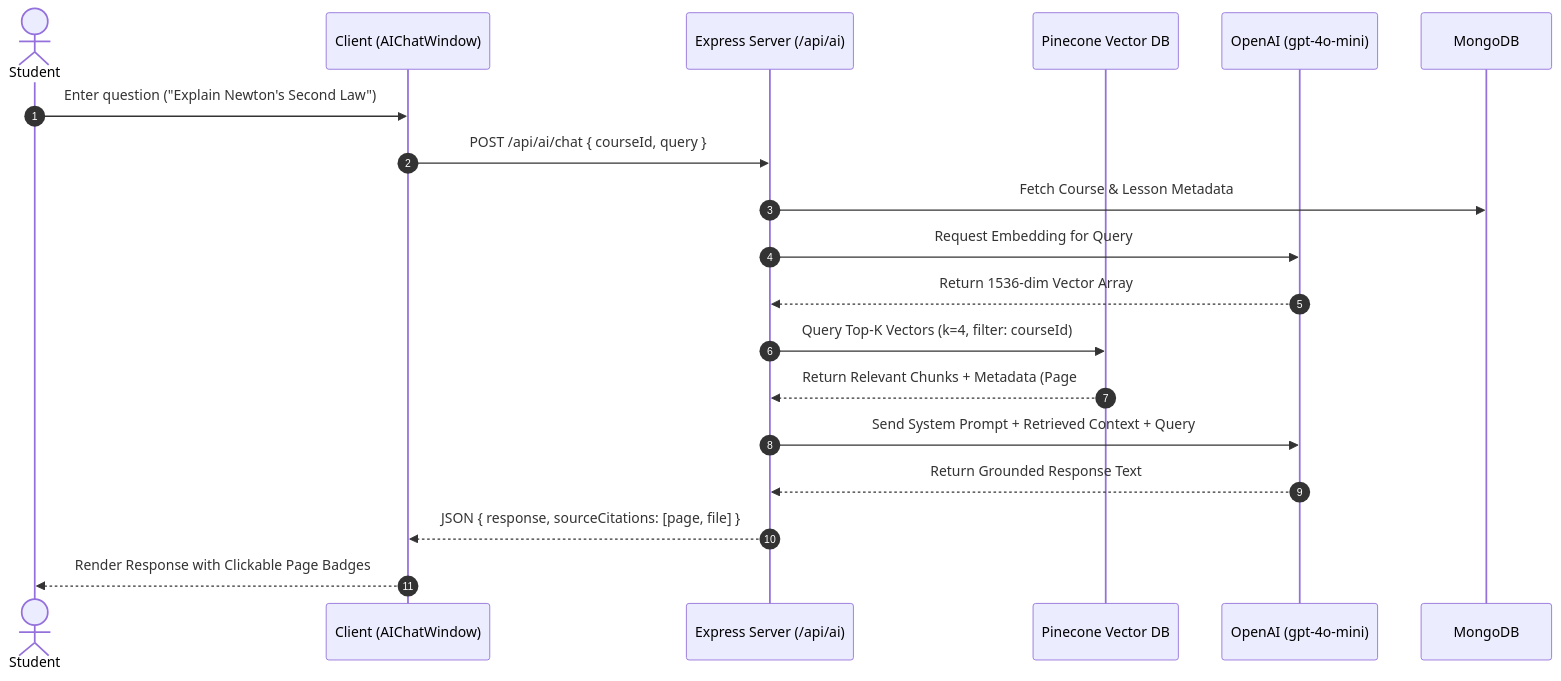
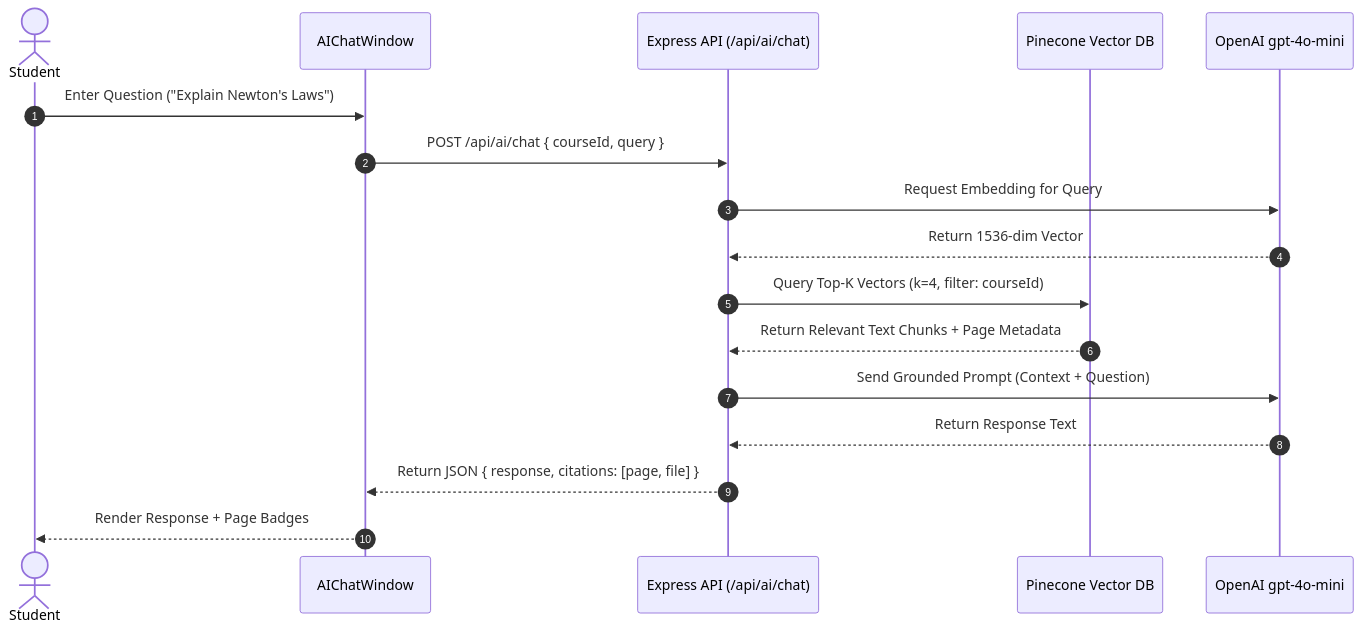
Diagram 13 of 18 in docs/PRESENTATION_REPORT_FIRST_EVALUATION.md (adilpalachira/AI_LMS), drawn with Mermaid before and after one commit. The commit also changed other lines of this file and 4 other files, not shown here.

````diff
--- a/docs/PRESENTATION_REPORT_FIRST_EVALUATION.md
+++ b/docs/PRESENTATION_REPORT_FIRST_EVALUATION.md
@@ -454,22 +411,20 @@
 ```mermaid
 sequenceDiagram
     autonumber
     actor Student
-    participant ChatUI as Client (AIChatWindow)
-    participant Server as Express Server (/api/ai)
+    participant UI as AIChatWindow
+    participant API as Express API (/api/ai/chat)
     participant Pinecone as Pinecone Vector DB
-    participant OpenAI as OpenAI (gpt-4o-mini)
-    participant DB as MongoDB
+    participant OpenAI as OpenAI gpt-4o-mini
 
-    Student->>ChatUI: Enter question ("Explain Newton's Second Law")
-    ChatUI->>Server: POST /api/ai/chat { courseId, query }
-    Server->>DB: Fetch Course & Lesson Metadata
-    Server->>OpenAI: Request Embedding for Query
-    OpenAI-->>Server: Return 1536-dim Vector Array
-    Server->>Pinecone: Query Top-K Vectors (k=4, filter: courseId)
-    Pinecone-->>Server: Return Relevant Chunks + Metadata (Page #, File)
-    Server->>OpenAI: Send System Prompt + Retrieved Context + Query
-    OpenAI-->>Server: Return Grounded Response Text
-    Server-->>ChatUI: JSON { response, sourceCitations: [page, file] }
-    ChatUI-->>Student: Render Response with Clickable Page Badges
+    Student->>UI: Enter Question ("Explain Newton's Laws")
+    UI->>API: POST /api/ai/chat { courseId, query }
+    API->>OpenAI: Request Embedding for Query
+    OpenAI-->>API: Return 1536-dim Vector
+    API->>Pinecone: Query Top-K Vectors (k=4, filter: courseId)
+    Pinecone-->>API: Return Relevant Text Chunks + Page Metadata
+    API->>OpenAI: Send Grounded Prompt (Context + Question)
+    OpenAI-->>API: Return Response Text
+    API-->>UI: Return JSON { response, citations: [page, file] }
+    UI-->>Student: Render Response + Page Badges
 ```
````
